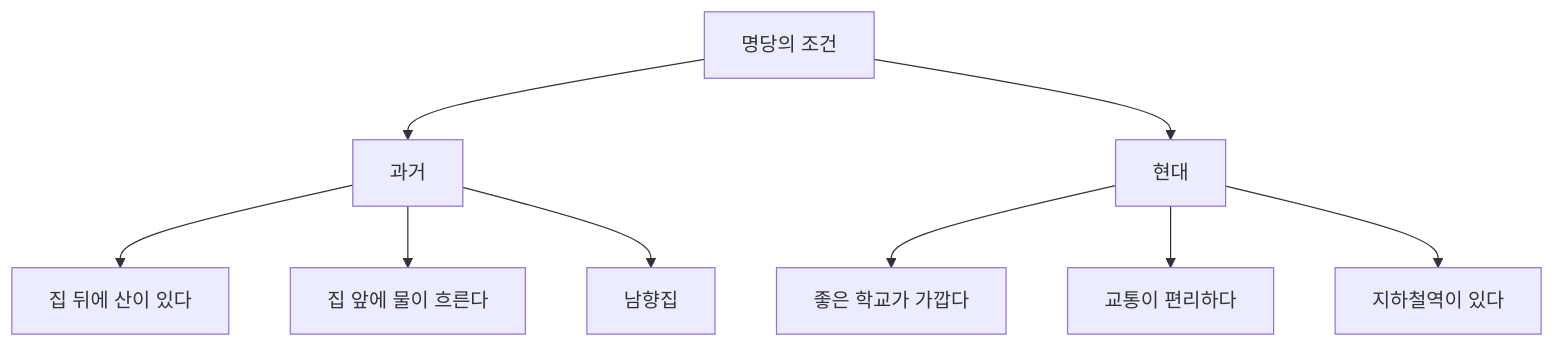
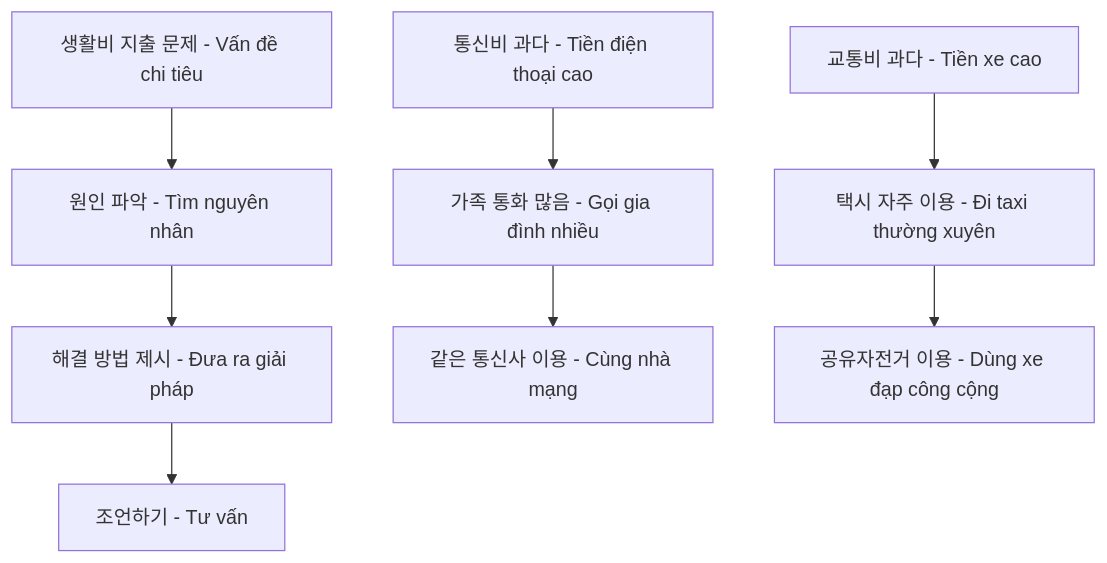
Before and after one commit to khieu-dv/vievlog: the fourth of 5 diagrams in src/content/soft-skills/korean/bai-5.md, drawn with Mermaid. The commit also changed other lines of this file and 6 other files, not shown here.

````diff
--- a/src/content/soft-skills/korean/bai-5.md
+++ b/src/content/soft-skills/korean/bai-5.md
@@ -226,11 +192,12 @@
 ```mermaid
-graph TD
-    A[명당의 조건] --> B[과거]
-    A --> C[현대]
-    B --> D[집 뒤에 산이 있다]
-    B --> E[집 앞에 물이 흐른다]
-    B --> F[남향집]
-    C --> G[좋은 학교가 가깝다]
-    C --> H[교통이 편리하다]
-    C --> I[지하철역이 있다]
+graph TB
+    A[생활비 지출 문제 - Vấn đề chi tiêu] --> B[원인 파악 - Tìm nguyên nhân]
+    B --> C[해결 방법 제시 - Đưa ra giải pháp]
+    C --> D[조언하기 - Tư vấn]
+
+    E[통신비 과다 - Tiền điện thoại cao] --> F[가족 통화 많음 - Gọi gia đình nhiều]
+    F --> G[같은 통신사 이용 - Cùng nhà mạng]
+
+    H[교통비 과다 - Tiền xe cao] --> I[택시 자주 이용 - Đi taxi thường xuyên]
+    I --> J[공유자전거 이용 - Dùng xe đạp công cộng]
 ```
````
